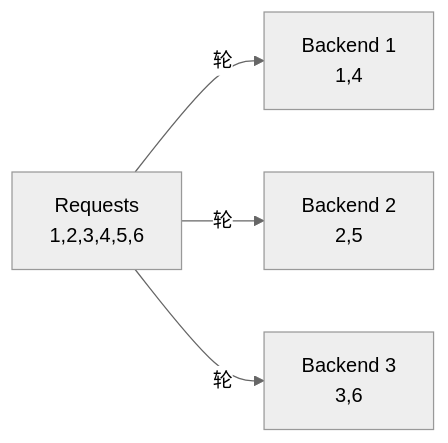
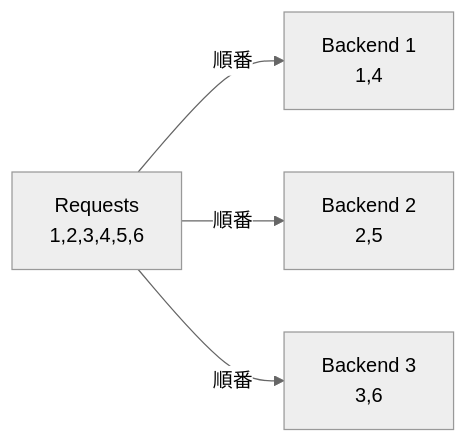
Before and after one commit to sokoide/workshop: the second of 5 diagrams in infra/load_balancer_ja.md, drawn with Mermaid (neutral theme). The commit also changed other lines of this file and 25 other files, not shown here.

````diff
--- a/infra/load_balancer_ja.md
+++ b/infra/load_balancer_ja.md
@@ -81,11 +81,11 @@
 ```mermaid
 graph LR
     R[Requests<br>1,2,3,4,5,6]
     B1[Backend 1<br>1,4]
     B2[Backend 2<br>2,5]
     B3[Backend 3<br>3,6]
 
-    R -->|轮| B1
-    R -->|轮| B2
-    R -->|轮| B3
+    R -->|順番| B1
+    R -->|順番| B2
+    R -->|順番| B3
 ```
````
